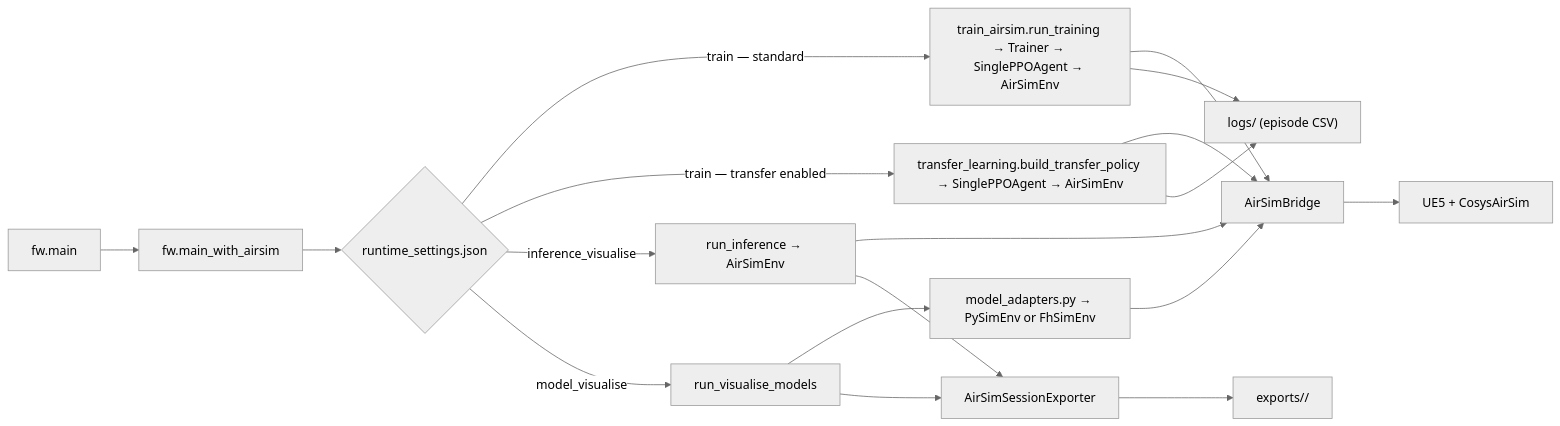
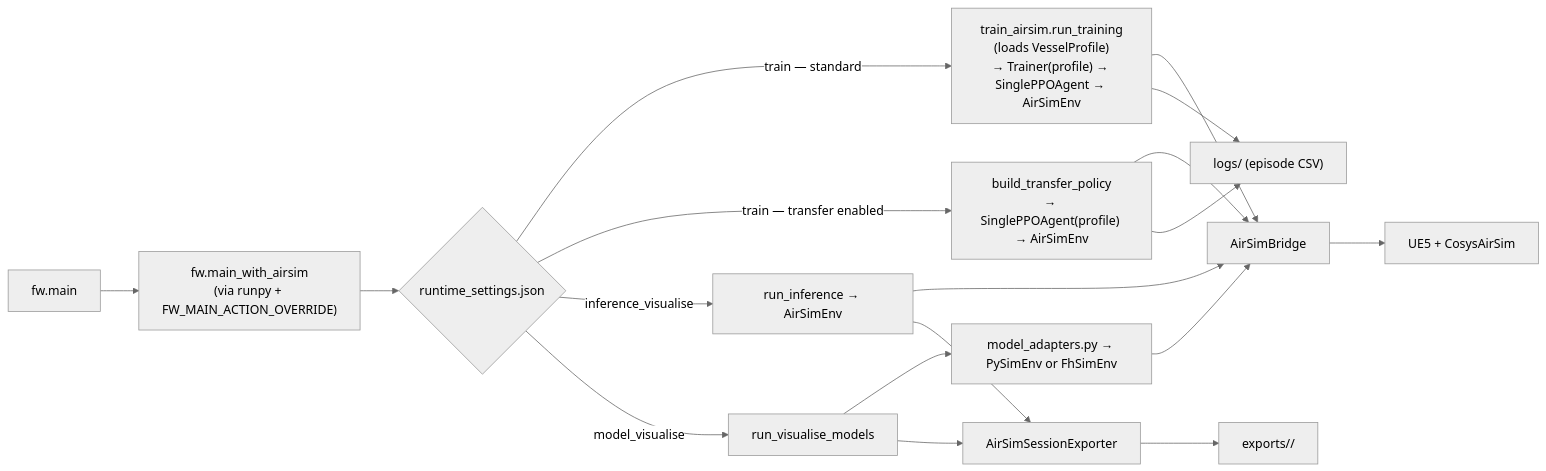
Before and after one commit to UAntwerpM4S/RudoLF: the diagram in docs/airsim.md, drawn with Mermaid (neutral theme). The commit also changed other lines of this file and 8 other files, not shown here.

````diff
--- a/docs/airsim.md
+++ b/docs/airsim.md
@@ -780,24 +1158,24 @@
 ```mermaid
 flowchart LR
-    A["fw.main"] --> B["fw.main_with_airsim"]
+    A["fw.main"] --> B["fw.main_with_airsim\n(via runpy + FW_MAIN_ACTION_OVERRIDE)"]
     B --> C{"runtime_settings.json"}
 
-    C -->|train — standard| D["train_airsim.run_training → Trainer → SinglePPOAgent → AirSimEnv"]
-    C -->|train — transfer enabled| TL["transfer_learning.build_transfer_policy → SinglePPOAgent → AirSimEnv"]
+    C -->|train — standard| D["train_airsim.run_training\n(loads VesselProfile)\n→ Trainer(profile) → SinglePPOAgent → AirSimEnv"]
+    C -->|train — transfer enabled| TL["build_transfer_policy\n→ SinglePPOAgent(profile) → AirSimEnv"]
     D --> F["AirSimBridge"]
     TL --> F
     F --> G["UE5 + CosysAirSim"]
 
     C -->|inference_visualise| H["run_inference → AirSimEnv"]
     H --> F
 
     C -->|model_visualise| J["run_visualise_models"]
     J --> K["model_adapters.py → PySimEnv or FhSimEnv"]
     K --> F
 
     D --> M["logs/ (episode CSV)"]
     TL --> M
     H --> N["AirSimSessionExporter"]
     J --> N
     N --> O["exports/<session>/"]
 ```
````
